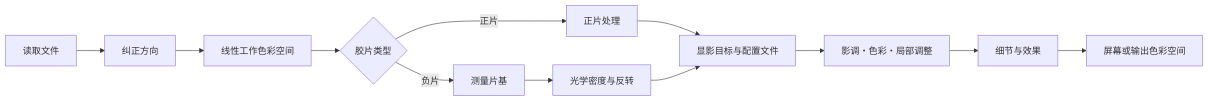
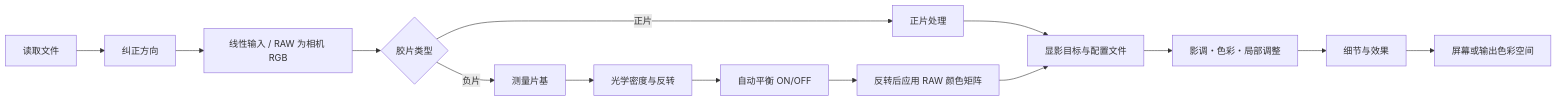
One commit to habinsong/negaflow changed the diagram in docs/zh-Hans/product/CHROMA_ENGINE.md. Above: the diagram before and after it, drawn with Mermaid. The commit also changed other lines of this file and 142 other files, not shown here.

````diff
--- a/docs/zh-Hans/product/CHROMA_ENGINE.md
+++ b/docs/zh-Hans/product/CHROMA_ENGINE.md
@@ -28,14 +28,14 @@
 ```mermaid
 flowchart LR
     A["读取文件"] --> B["纠正方向"]
-    B --> C["线性工作色彩空间"]
+    B --> C["线性输入 / RAW 为相机 RGB"]
     C --> D{"胶片类型"}
     D -->|正片| E["正片处理"]
     D -->|负片| F["测量片基"]
     F --> G["光学密度与反转"]
     E --> H["显影目标与配置文件"]
-    G --> H
+    G --> AB["自动平衡 ON/OFF"] --> M["反转后应用 RAW 颜色矩阵"] --> H
     H --> I["影调・色彩・局部调整"]
     I --> J["细节与效果"]
     J --> K["屏幕或输出色彩空间"]
 ```
````
